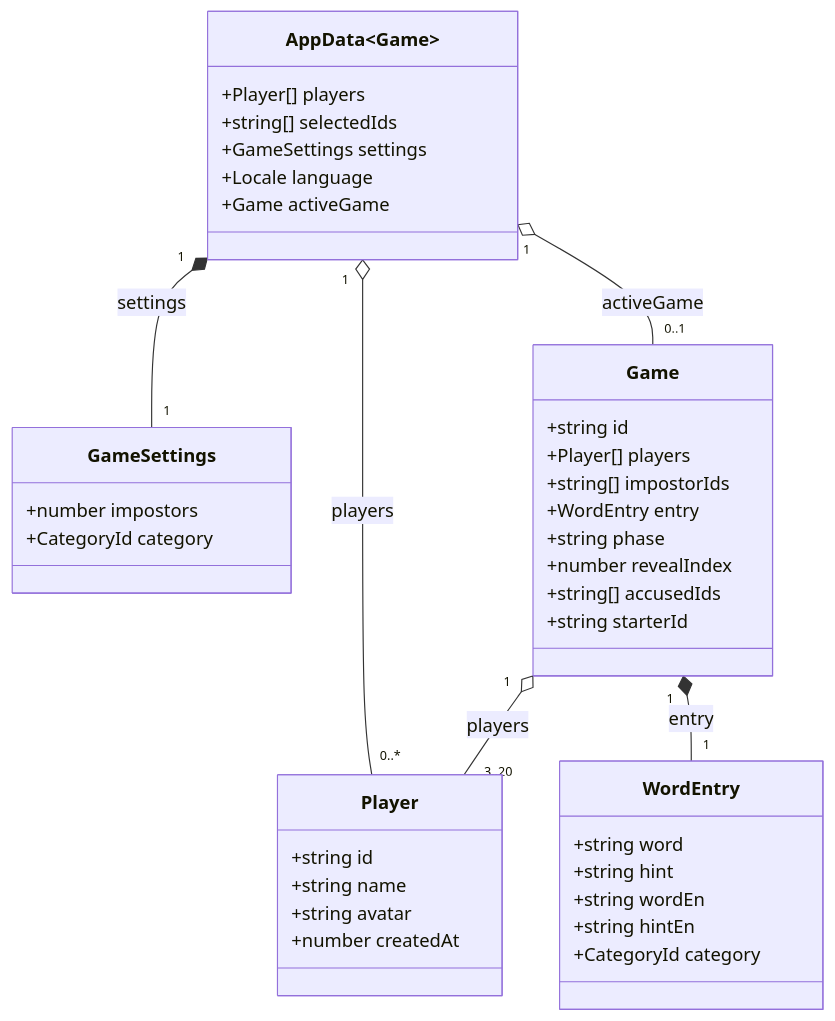
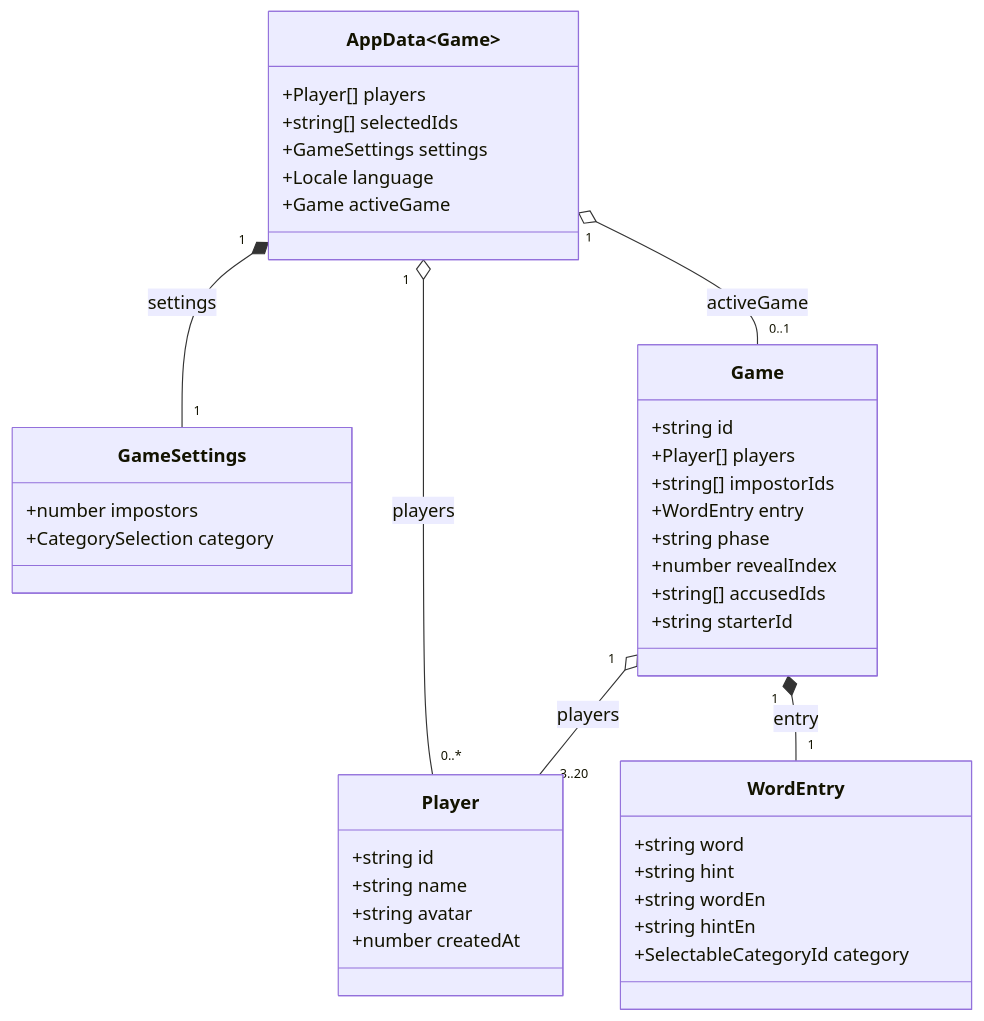
Before and after one commit to LucaSforza/ImpostorGame: the diagram in kb/indexeddb.md, drawn with Mermaid. The commit also changed other lines of this file and 29 other files, not shown here.

````diff
--- a/kb/indexeddb.md
+++ b/kb/indexeddb.md
@@ -17,42 +17,42 @@
 ```mermaid
 classDiagram
   class AppData~Game~ {
     +Player[] players
     +string[] selectedIds
     +GameSettings settings
     +Locale language
     +Game activeGame
   }
   class Player {
     +string id
     +string name
     +string avatar
     +number createdAt
   }
   class GameSettings {
     +number impostors
-    +CategoryId category
+    +CategorySelection category
   }
   class Game {
     +string id
     +Player[] players
     +string[] impostorIds
     +WordEntry entry
     +string phase
     +number revealIndex
     +string[] accusedIds
     +string starterId
   }
   class WordEntry {
     +string word
     +string hint
     +string wordEn
     +string hintEn
-    +CategoryId category
+    +SelectableCategoryId category
   }
   AppData~Game~ "1" o-- "0..*" Player : players
   AppData~Game~ "1" *-- "1" GameSettings : settings
   AppData~Game~ "1" o-- "0..1" Game : activeGame
   Game "1" o-- "3..20" Player : players
   Game "1" *-- "1" WordEntry : entry
 ```
````
